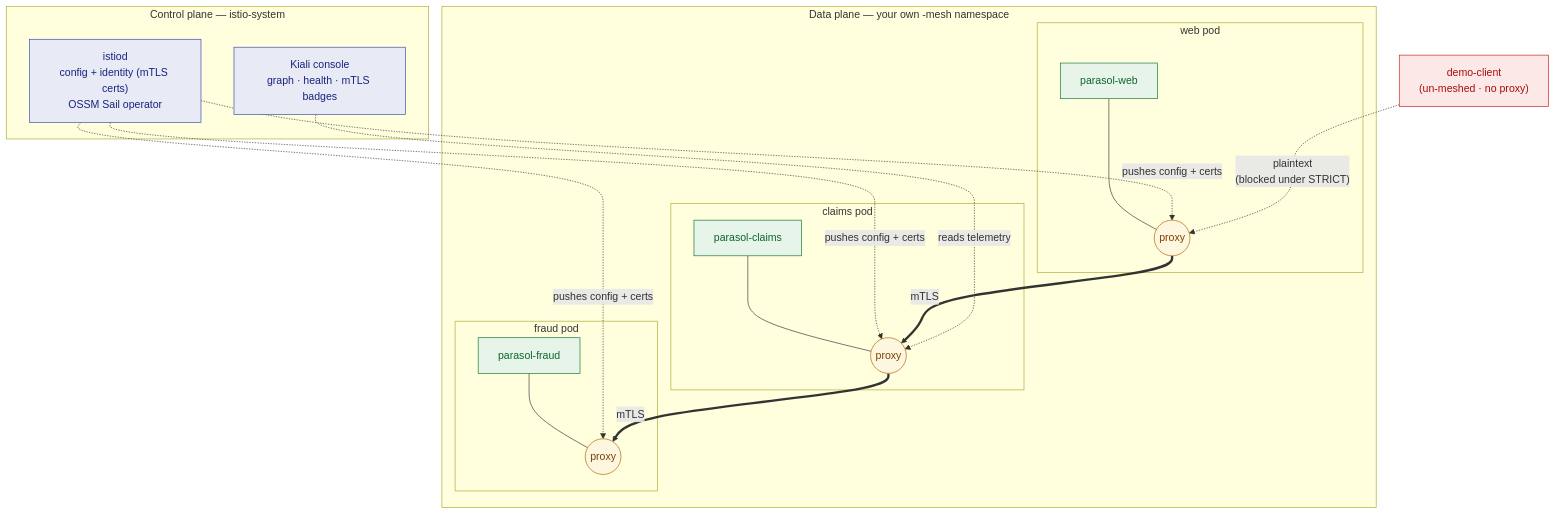
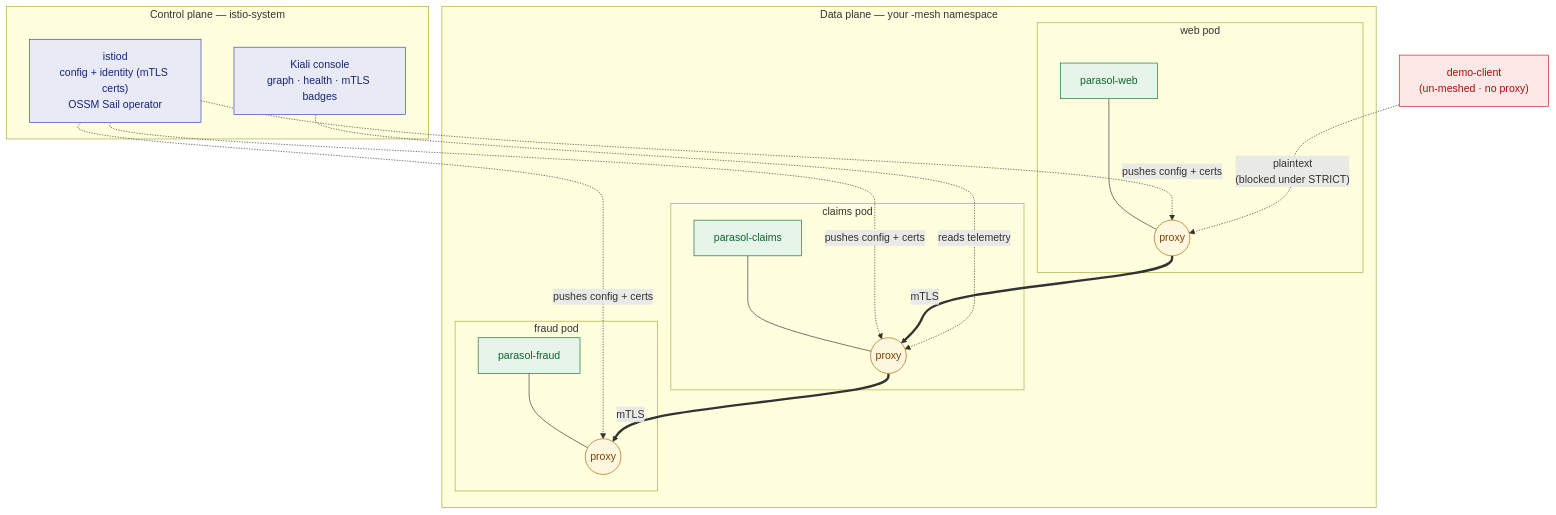
Before and after one commit to serhat-dirik/OCP-Getting-Started-Revamped: the diagram in content/modules/ROOT/examples/diagrams/service-mesh-advanced-gateways/01-mesh-architecture.mmd, drawn with Mermaid. The commit also changed 4 other files, not shown here.

First line of the commit message:
fix(content): diagram accuracy, and the last of the vendored UI assets

```diff
--- a/content/modules/ROOT/examples/diagrams/service-mesh-advanced-gateways/01-mesh-architecture.mmd
+++ b/content/modules/ROOT/examples/diagrams/service-mesh-advanced-gateways/01-mesh-architecture.mmd
@@ -1,29 +1,29 @@
 graph TB
   subgraph cp["Control plane — istio-system"]
     istiod["istiod<br/>config + identity (mTLS certs)<br/>OSSM Sail operator"]
     kiali["Kiali console<br/>graph · health · mTLS badges"]
   end
-  subgraph mesh["Data plane — your own -mesh namespace"]
+  subgraph mesh["Data plane — your -mesh namespace"]
     subgraph webpod["web pod"]
       web["parasol-web"] --- wsc(("proxy"))
     end
     subgraph claimspod["claims pod"]
       claims["parasol-claims"] --- csc(("proxy"))
     end
     subgraph fraudpod["fraud pod"]
       fraud["parasol-fraud"] --- fsc(("proxy"))
     end
   end
   client["demo-client<br/>(un-meshed · no proxy)"]
   istiod -.->|"pushes config + certs"| wsc
   istiod -.->|"pushes config + certs"| csc
   istiod -.->|"pushes config + certs"| fsc
   wsc ==>|"mTLS"| csc
   csc ==>|"mTLS"| fsc
   client -.->|"plaintext<br/>(blocked under STRICT)"| wsc
   kiali -.->|"reads telemetry"| csc
   classDef cp fill:#e8eaf6,stroke:#3949ab,color:#1a237e;
   classDef app fill:#e6f4ea,stroke:#137333,color:#0d652d;
   classDef proxy fill:#fef7e0,stroke:#b06000,color:#7a4100;
   classDef ext fill:#fce8e6,stroke:#c5221f,color:#a50e0e;
   class istiod,kiali cp; class web,claims,fraud app; class wsc,csc,fsc proxy; class client ext;
```
